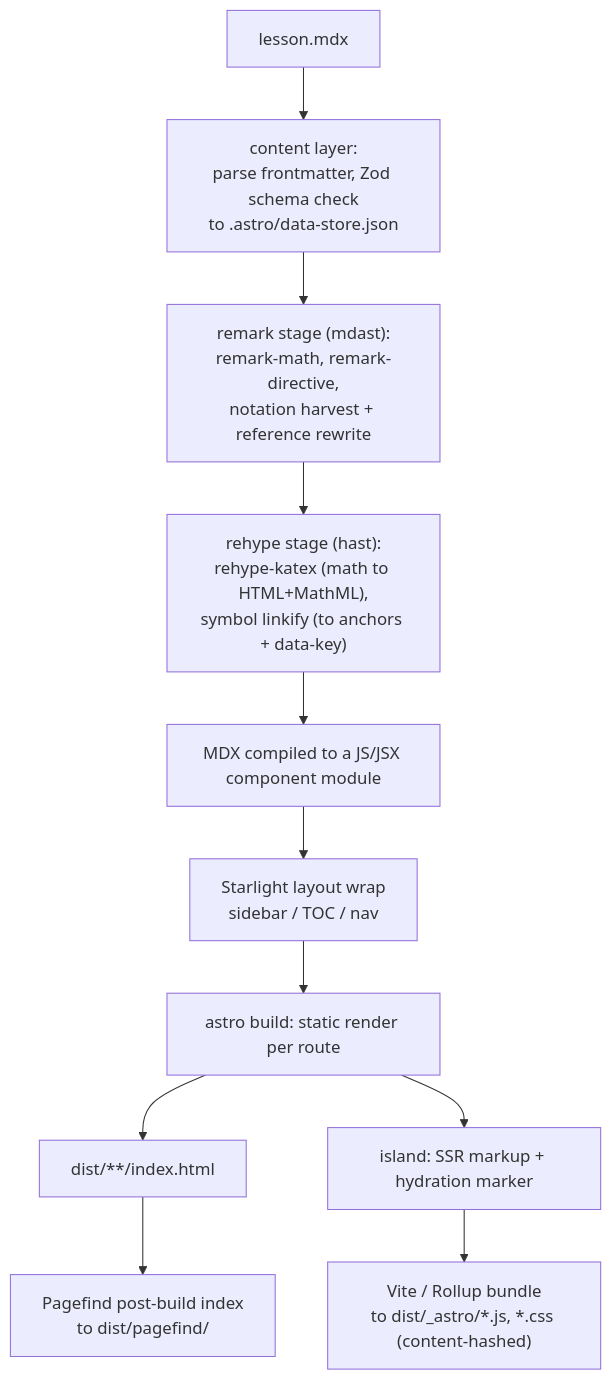
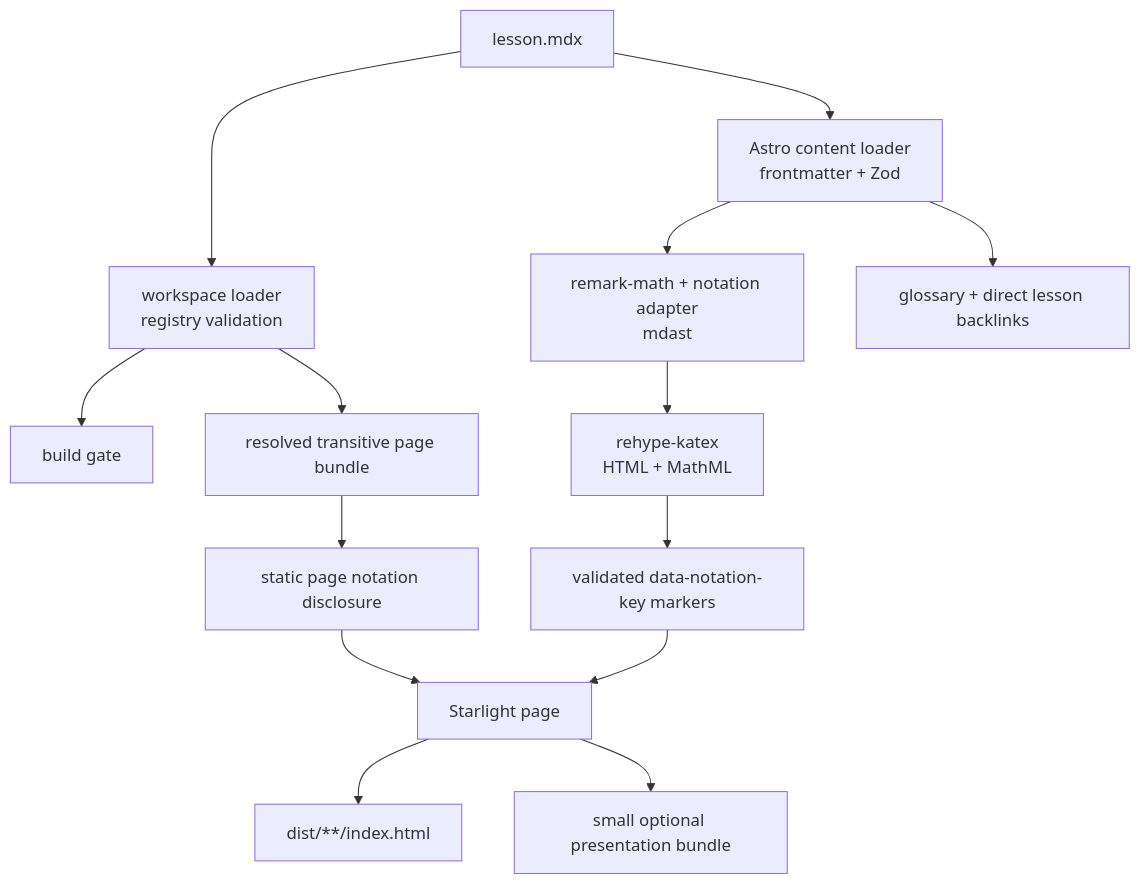
Before and after one commit to danieltuzes/credit-and-derivatives: the second of 3 diagrams in NOTATION_ARCHITECTURE.md, drawn with Mermaid. The commit also changed other lines of this file and 90 other files, not shown here.

````diff
--- a/NOTATION_ARCHITECTURE.md
+++ b/NOTATION_ARCHITECTURE.md
@@ -60,13 +192,16 @@
 ```mermaid
 flowchart TD
-  MDX["lesson.mdx"] --> FM["content layer:<br/>parse frontmatter, Zod schema check<br/>to .astro/data-store.json"]
-  FM --> RM["remark stage (mdast):<br/>remark-math, remark-directive,<br/>notation harvest + reference rewrite"]
-  RM --> RH["rehype stage (hast):<br/>rehype-katex (math to HTML+MathML),<br/>symbol linkify (to anchors + data-key)"]
-  RH --> MOD["MDX compiled to a JS/JSX component module"]
-  MOD --> SL["Starlight layout wrap<br/>sidebar / TOC / nav"]
-  SL --> SSG["astro build: static render per route"]
-  SSG --> HTML["dist/**/index.html"]
-  SSG --> ISL["island: SSR markup + hydration marker"]
-  ISL --> VITE["Vite / Rollup bundle<br/>to dist/_astro/*.js, *.css (content-hashed)"]
-  HTML --> PF["Pagefind post-build index<br/>to dist/pagefind/"]
+  MDX["lesson.mdx"] --> VALID["workspace loader<br/>registry validation"]
+  VALID --> GATE["build gate"]
+  MDX --> FM["Astro content loader<br/>frontmatter + Zod"]
+  FM --> RM["remark-math + notation adapter<br/>mdast"]
+  RM --> KH["rehype-katex<br/>HTML + MathML"]
+  KH --> MK["validated data-notation-key markers"]
+  VALID --> BUNDLE["resolved transitive page bundle"]
+  BUNDLE --> LAYER["static page notation disclosure"]
+  FM --> GL["glossary + direct lesson backlinks"]
+  MK --> SL["Starlight page"]
+  LAYER --> SL
+  SL --> HTML["dist/**/index.html"]
+  SL --> JS["small optional presentation bundle"]
 ```
````
